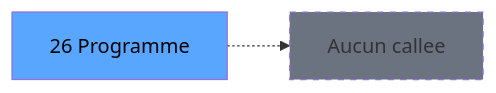
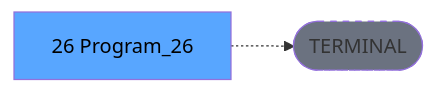
Before and after one commit to thonyAGP/lecteur-magic: the third of 3 diagrams in .openspec/specs/ADH-IDE-26.md, drawn with Mermaid. The commit also changed other lines of this file and 701 other files, not shown here.

````diff
--- a/.openspec/specs/ADH-IDE-26.md
+++ b/.openspec/specs/ADH-IDE-26.md
@@ -120,8 +134,8 @@
 ```mermaid
 graph LR
-    T[26 Programme]
-    NONE[Aucun callee]
-    T -.-> NONE
+    T[26 Program_26]
+    TERM([TERMINAL])
+    T -.-> TERM
+    style TERM fill:#6b7280,stroke-dasharray: 5 5
     style T fill:#58a6ff,color:#000
-    style NONE fill:#6b7280,stroke-dasharray: 5 5
 ```
````
